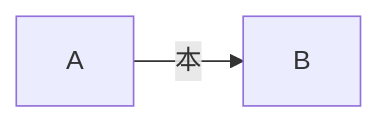
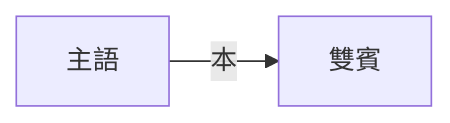
One commit to mondaiya/source changed the first of 3 diagrams in content/posts/jyu-jyu-dou-si/index.md. Above: the diagram before and after it, drawn with Mermaid. The commit also changed other lines of this file and 3 other files, not shown here.

```diff
--- a/content/posts/jyu-jyu-dou-si/index.md
+++ b/content/posts/jyu-jyu-dou-si/index.md
@@ -34,4 +34,4 @@
 {{< mermaid >}}
 graph LR
-    A--本-->B
+    主語--本-->雙賓
 {{</ mermaid >}}
```
